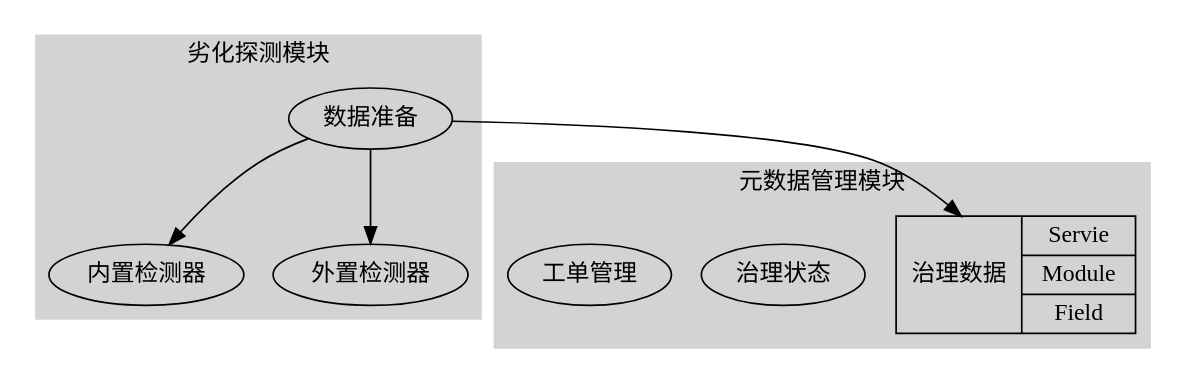
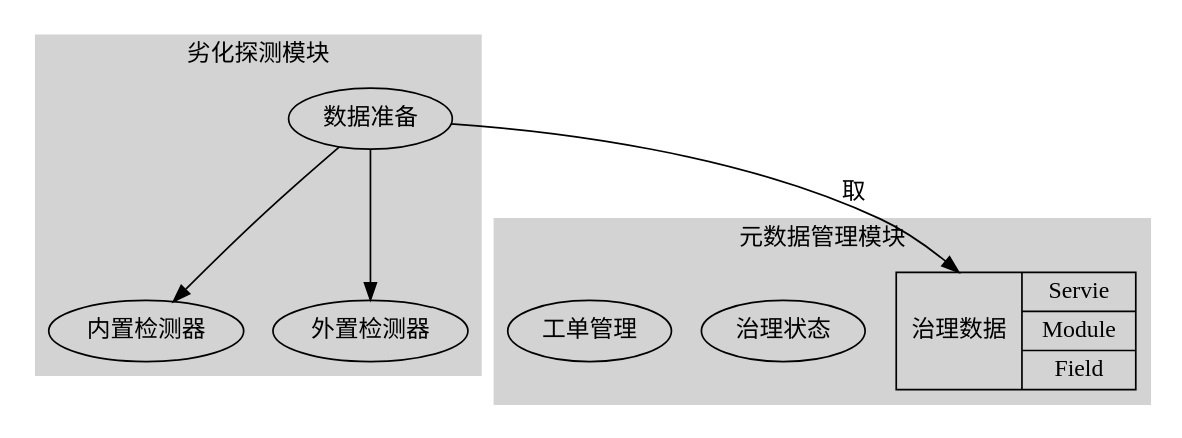
Before and after one commit to Jeanhwea/jeanhwea.github.io: the fourth of 4 diagrams in learn/emacs.org, drawn with Graphviz. The commit also changed 1 other file, not shown here.

Commit message:
timestamp: 2023-02-01 01:01:51

```diff
--- a/learn/emacs.org
+++ b/learn/emacs.org
@@ -67,25 +67,25 @@
 #+BEGIN_SRC dot :exports results :file ../static/image/2023/0201/001954.png
     digraph {
       size="8,8";
       node [fontname="Microsoft Yahei"];
 
       subgraph cluster_metadata {
         label = "元数据管理模块"; color = "lightgray"; style = "filled";
         module_meta_data [shape=record label="治理数据 | {Servie | Module | Field}"];
         module_meta_status [label="治理状态"];
         module_work_order [label="工单管理"];
       }
 
       subgraph cluster_detector {
         label = "劣化探测模块"; color = "lightgray"; style = "filled";
         module_data_preload [label="数据准备"];
         module_intern_checker [label="内置检测器"];
         module_extern_checker [label="外置检测器"];
       }
 
       module_data_preload -> module_intern_checker;
       module_data_preload -> module_extern_checker;
 
-      module_data_preload -> module_meta_data;
+      module_data_preload -> module_meta_data [label="取"];
     }
 #+END_SRC
```
